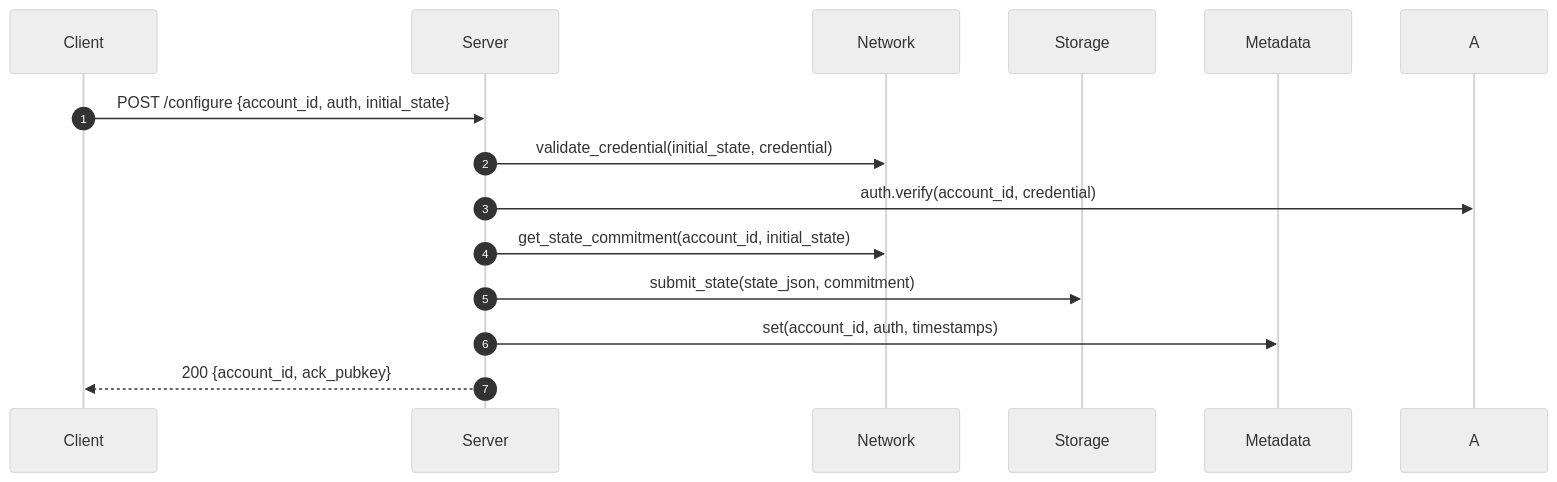
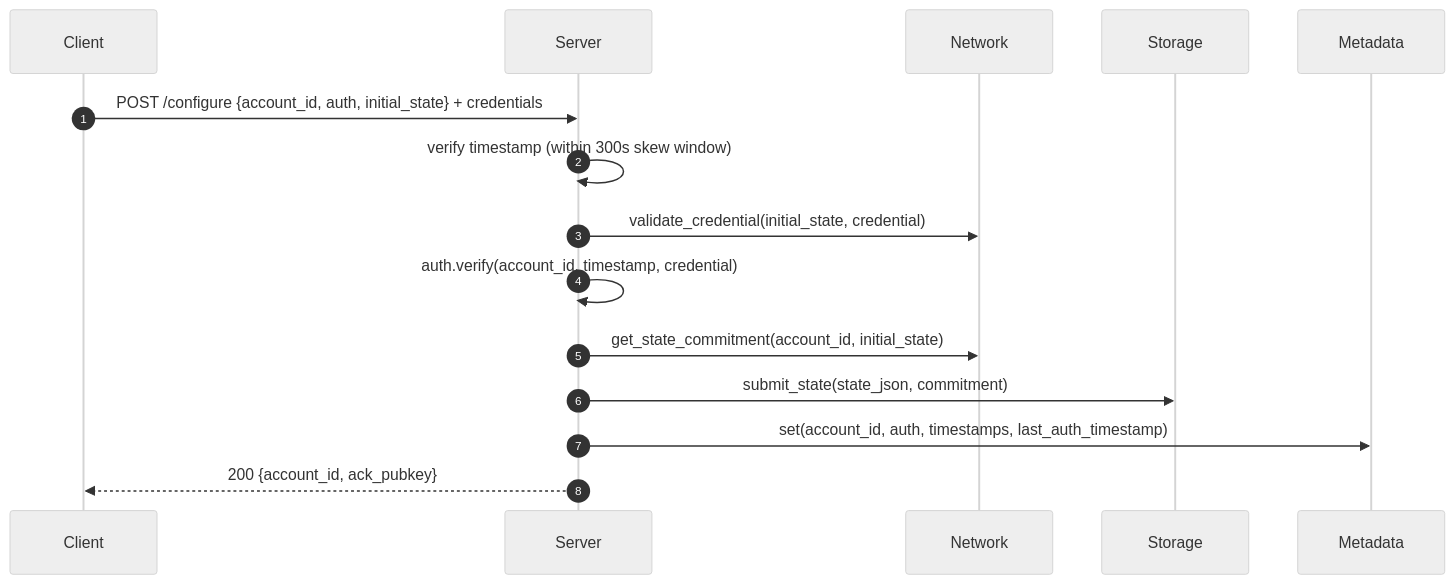
Before and after one commit to OpenZeppelin/guardian: the first of 9 diagrams in spec/processes.md, drawn with Mermaid (neutral theme). The commit also changed other lines of this file and 43 other files, not shown here.

````diff
--- a/spec/processes.md
+++ b/spec/processes.md
@@ -14,16 +14,17 @@
 ```mermaid
 sequenceDiagram
   autonumber
   participant C as Client
   participant S as Server
   participant N as Network
   participant ST as Storage
   participant M as Metadata
-  C->>S: POST /configure {account_id, auth, initial_state}
+  C->>S: POST /configure {account_id, auth, initial_state} + credentials
+  S->>S: verify timestamp (within 300s skew window)
   S->>N: validate_credential(initial_state, credential)
-  S->>A: auth.verify(account_id, credential)
+  S->>S: auth.verify(account_id, timestamp, credential)
   S->>N: get_state_commitment(account_id, initial_state)
   S->>ST: submit_state(state_json, commitment)
-  S->>M: set(account_id, auth, timestamps)
+  S->>M: set(account_id, auth, timestamps, last_auth_timestamp)
   S-->>C: 200 {account_id, ack_pubkey}
 ```
````
